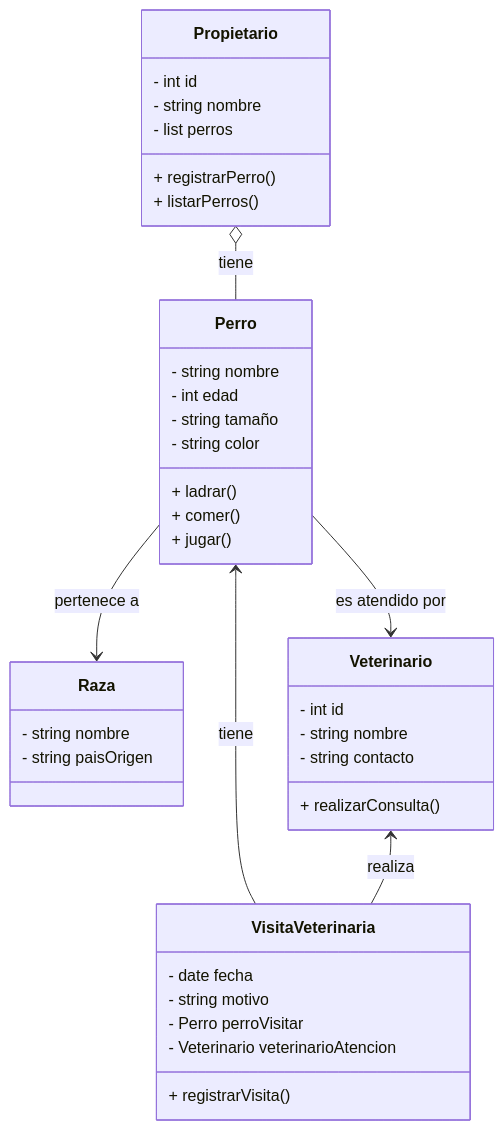
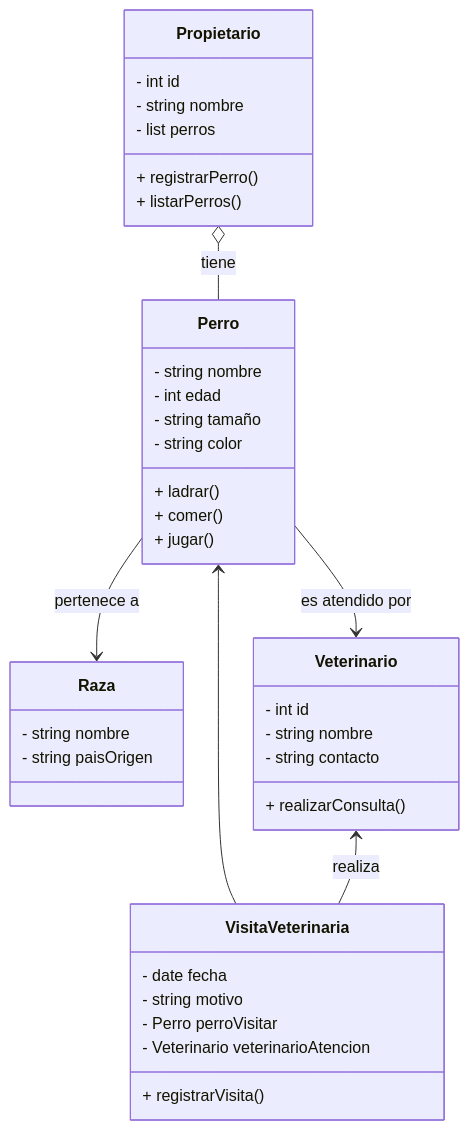
Before and after one commit to lufe089/POO: the eighth of 11 diagrams in 2.DiseñoOrientadoObjetos.md, drawn with Mermaid.

````diff
--- a/2.DiseñoOrientadoObjetos.md
+++ b/2.DiseñoOrientadoObjetos.md
@@ -343,46 +343,46 @@
 ```mermaid
 classDiagram
     class Perro {
         - string nombre
         - int edad
         - string tamaño
         - string color
         + ladrar()
         + comer()
         + jugar()
     }
     
     class Propietario {
         - int id
         - string nombre
         - list<Perro> perros
         + registrarPerro()
         + listarPerros()
     }
     
     class Raza {
         - string nombre
         - string paisOrigen
     }
     
     class Veterinario {
         - int id
         - string nombre
         - string contacto
         + realizarConsulta()
     }
     
     class VisitaVeterinaria {
         - date fecha
         - string motivo
         - Perro perroVisitar
         - Veterinario veterinarioAtencion
         + registrarVisita()
     }
     
     Propietario o-- Perro : tiene
     Perro --> Raza : pertenece a
     Perro --> Veterinario : es atendido por
-    Perro <-- VisitaVeterinaria : tiene
+    Perro <-- VisitaVeterinaria 
     Veterinario <-- VisitaVeterinaria : realiza
 ```
````
